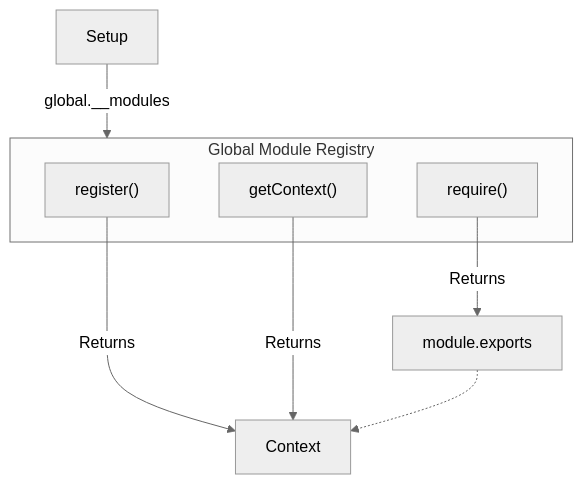
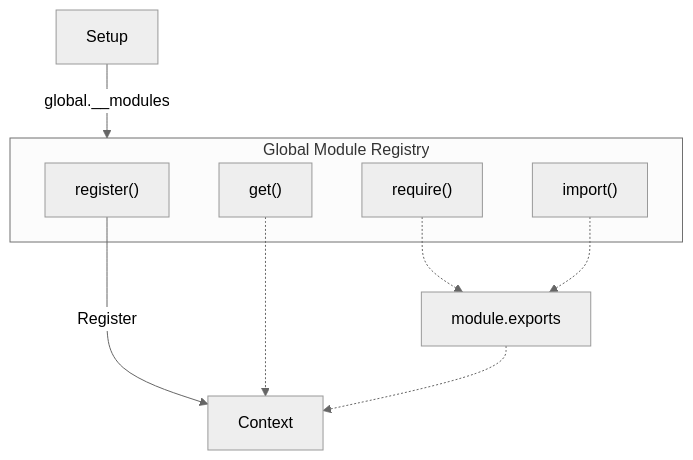
Before and after one commit to leegeunhyeok/global-modules: the first of 2 diagrams in packages/runtime/SPECIFICATION.md, drawn with Mermaid (neutral theme). The commit also changed other lines of this file and 65 other files, not shown here.

````diff
--- a/packages/runtime/SPECIFICATION.md
+++ b/packages/runtime/SPECIFICATION.md
@@ -5,16 +5,20 @@
 ```mermaid
 flowchart
     Setup --> |global.__modules| Registry
 
     subgraph Registry["Global Module Registry"]
     Reg["register()"]
-    Get["getContext()"]
+    Get["get()"]
     Req["require()"]
+    Imp["import()"]
     end
 
-    Reg -- Returns --> Context
-    Get -- Returns --> Context
-    Req -- Returns --> Exports["module.exports"]
+    Exports["module.exports"]
 
+    Req -.-> Exports
+    Imp -.-> Exports
+
+    Reg -- Register --> Context
+    Get -.-> Context
     Exports -.-> Context
 ```
````
